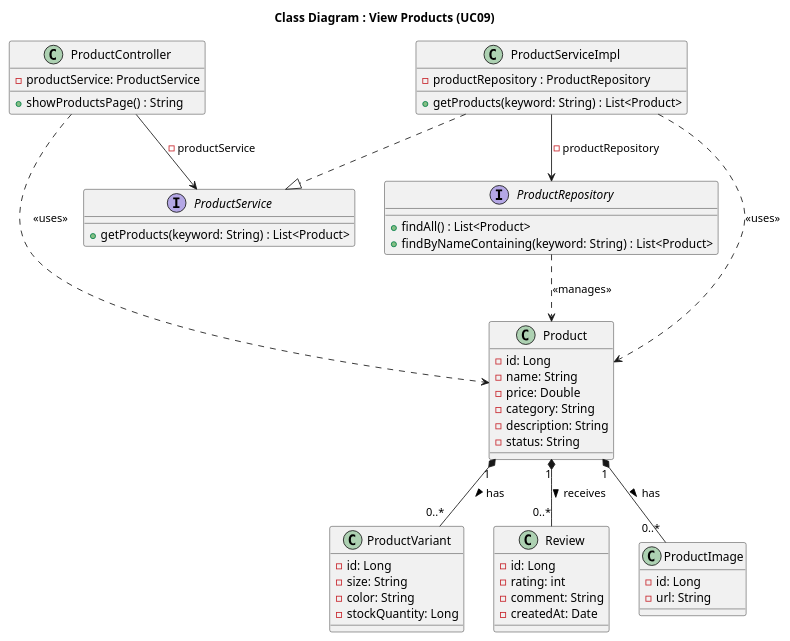
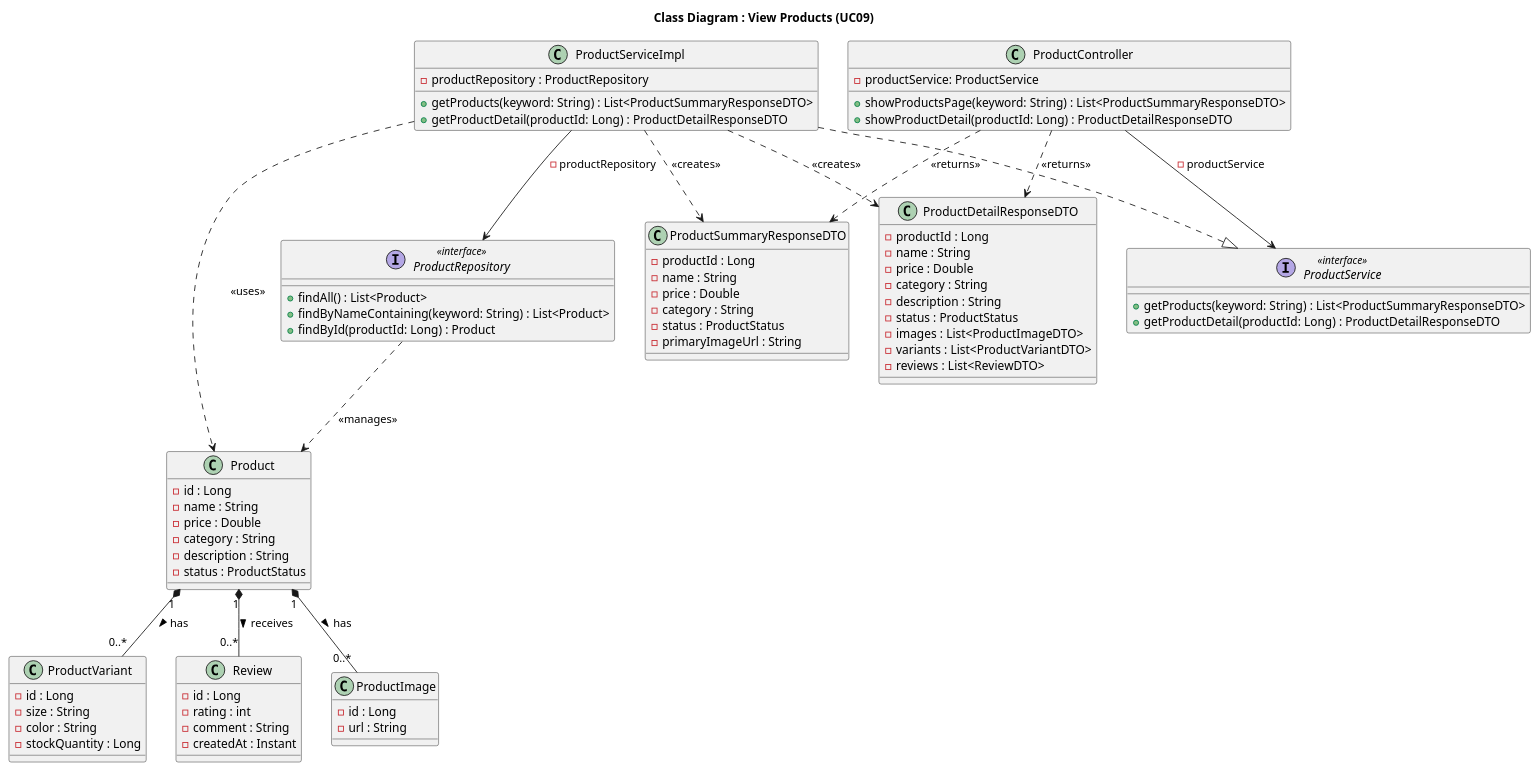
Before and after one commit to Peterdir/fashion-store-system: the diagram in src/main/java/org/example/fashionstoresystem/uml/Class/CD09_ViewProducts.puml, drawn with PlantUML. The commit also changed 63 other files, not shown here.

```diff
--- a/src/main/java/org/example/fashionstoresystem/uml/Class/CD09_ViewProducts.puml
+++ b/src/main/java/org/example/fashionstoresystem/uml/Class/CD09_ViewProducts.puml
@@ -1,76 +1,106 @@
 @startuml
 title Class Diagram : View Products (UC09)
 
 ' Controller
 class ProductController {
     - productService: ProductService
-    + showProductsPage() : String
+    + showProductsPage(keyword: String) : List<ProductSummaryResponseDTO>
+    + showProductDetail(productId: Long) : ProductDetailResponseDTO
 }
 
 ' Service
 
-interface ProductService {
-    + getProducts(keyword: String) : List<Product>
+interface ProductService <<interface>> {
+    + getProducts(keyword: String) : List<ProductSummaryResponseDTO>
+    + getProductDetail(productId: Long) : ProductDetailResponseDTO
 }
 
 class ProductServiceImpl {
     - productRepository : ProductRepository
-    + getProducts(keyword: String) : List<Product>
+    + getProducts(keyword: String) : List<ProductSummaryResponseDTO>
+    + getProductDetail(productId: Long) : ProductDetailResponseDTO
 }
 
 ' Repository
 
-interface ProductRepository {
+interface ProductRepository <<interface>> {
     + findAll() : List<Product>
     + findByNameContaining(keyword: String) : List<Product>
+    + findById(productId: Long) : Product
 }
 
-' Entity & DTO
+' DTO
+
+class ProductSummaryResponseDTO {
+    - productId : Long
+    - name : String
+    - price : Double
+    - category : String
+    - status : ProductStatus
+    - primaryImageUrl : String
+}
+
+class ProductDetailResponseDTO {
+    - productId : Long
+    - name : String
+    - price : Double
+    - category : String
+    - description : String
+    - status : ProductStatus
+    - images : List<ProductImageDTO>
+    - variants : List<ProductVariantDTO>
+    - reviews : List<ReviewDTO>
+}
+
+' Entity
 
 class Product {
-    - id: Long
-    - name: String
-    - price: Double
-    - category: String
-    - description: String
-    - status: String
+    - id : Long
+    - name : String
+    - price : Double
+    - category : String
+    - description : String
+    - status : ProductStatus
 }
 
 class ProductVariant {
-    - id: Long
-    - size: String
-    - color: String
-    - stockQuantity: Long
+    - id : Long
+    - size : String
+    - color : String
+    - stockQuantity : Long
 }
 
 class Review {
-    - id: Long
-    - rating: int
-    - comment: String
-    - createdAt: Date
+    - id : Long
+    - rating : int
+    - comment : String
+    - createdAt : Instant
 }
 
 class ProductImage {
-    - id: Long
-    - url: String
+    - id : Long
+    - url : String
 }
 
 ' Relationships
 
 Product "1" *-- "0..*" ProductImage : has >
 Product "1" *-- "0..*" ProductVariant : has >
 Product "1" *-- "0..*" Review : receives >
 
 ' Class implement Interface
-ProductServiceImpl ..|>ProductService
+ProductServiceImpl ..|> ProductService
 
 ' Dependency Injection
 ProductController --> ProductService: - productService
 ProductServiceImpl --> ProductRepository: - productRepository
 
 ' Object Usage
-ProductController ..> Product : <<uses>>
+ProductController ..> ProductSummaryResponseDTO : <<returns>>
+ProductController ..> ProductDetailResponseDTO : <<returns>>
+ProductServiceImpl ..> ProductSummaryResponseDTO : <<creates>>
+ProductServiceImpl ..> ProductDetailResponseDTO : <<creates>>
 ProductServiceImpl ..> Product : <<uses>>
 ProductRepository ..> Product : <<manages>>
 
 @enduml
```
